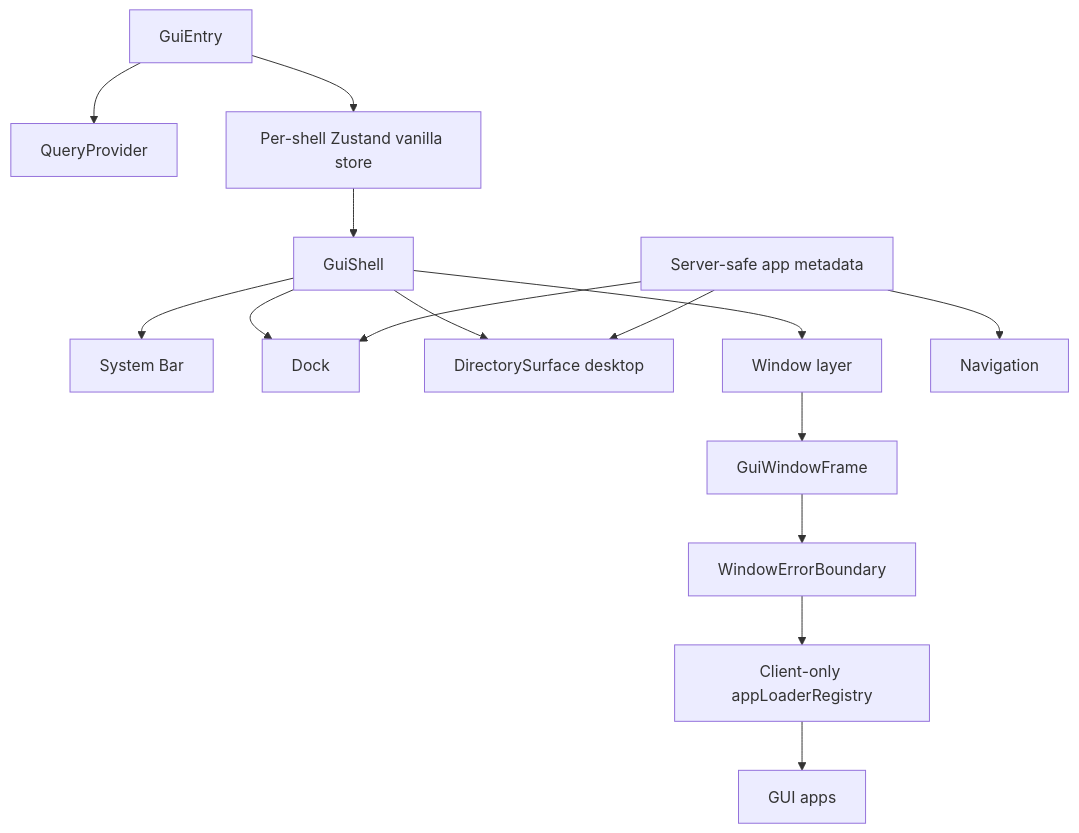
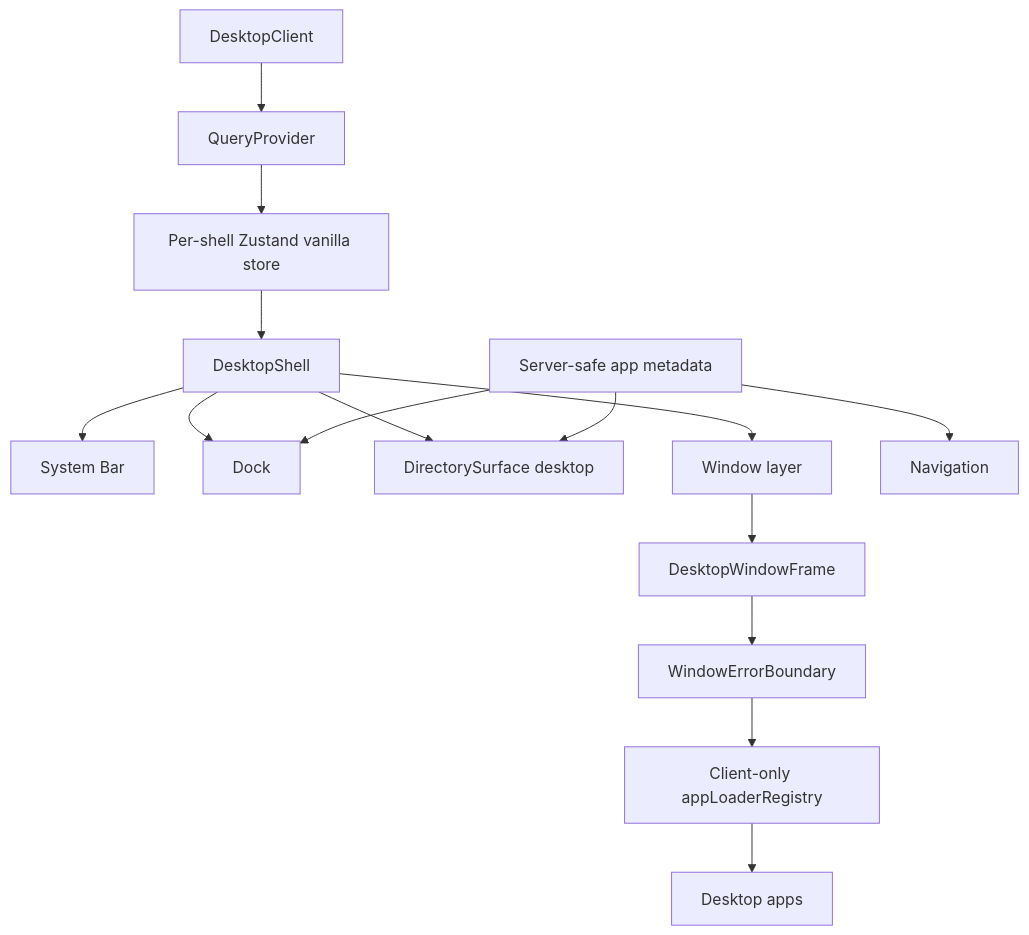
The third of 4 diagrams in docs/ARCHITECTURE.md (noonnofus/Portfolio-terminal-OS), drawn with Mermaid before and after one commit. The commit also changed other lines of this file and 187 other files, not shown here.

Commit message:
refactor: migrate GUI namespace to Desktop

````diff
--- a/docs/ARCHITECTURE.md
+++ b/docs/ARCHITECTURE.md
@@ -73,18 +73,18 @@
 ```mermaid
 flowchart TD
-    GuiEntry --> QueryProvider
-    GuiEntry --> StoreProvider["Per-shell Zustand vanilla store"]
-    StoreProvider --> Shell["GuiShell"]
+    DesktopClient --> QueryProvider
+    QueryProvider --> StoreProvider["Per-shell Zustand vanilla store"]
+    StoreProvider --> Shell["DesktopShell"]
     Shell --> SystemBar["System Bar"]
     Shell --> Dock["Dock"]
     Shell --> Desktop["DirectorySurface desktop"]
     Shell --> WindowLayer["Window layer"]
-    WindowLayer --> WindowFrame["GuiWindowFrame"]
+    WindowLayer --> WindowFrame["DesktopWindowFrame"]
     WindowFrame --> Boundary["WindowErrorBoundary"]
     Boundary --> LoaderRegistry["Client-only appLoaderRegistry"]
 
     Catalog["Server-safe app metadata"] --> Desktop
     Catalog --> Dock
     Catalog --> Navigation
-    LoaderRegistry --> Apps["GUI apps"]
+    LoaderRegistry --> Apps["Desktop apps"]
 ```
````
